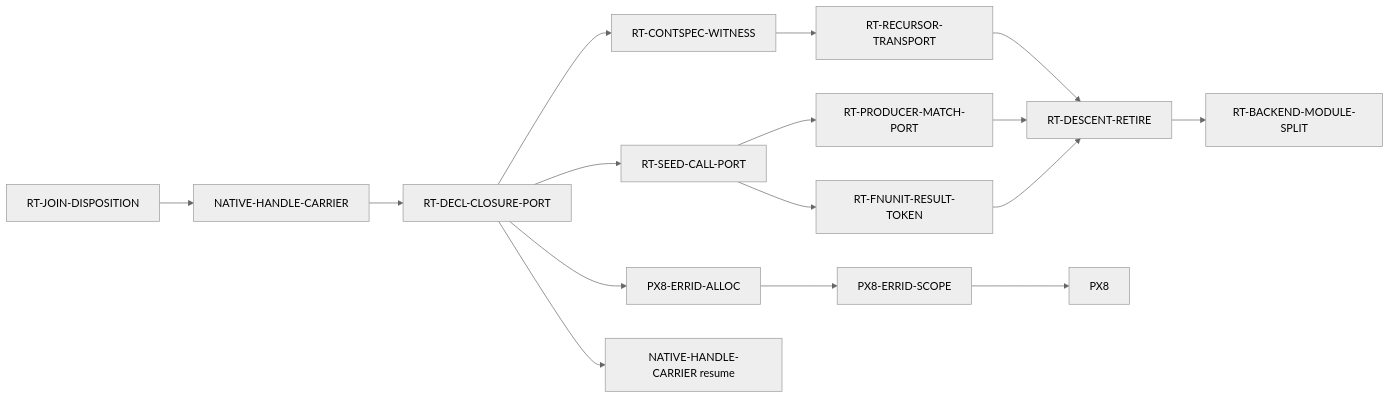
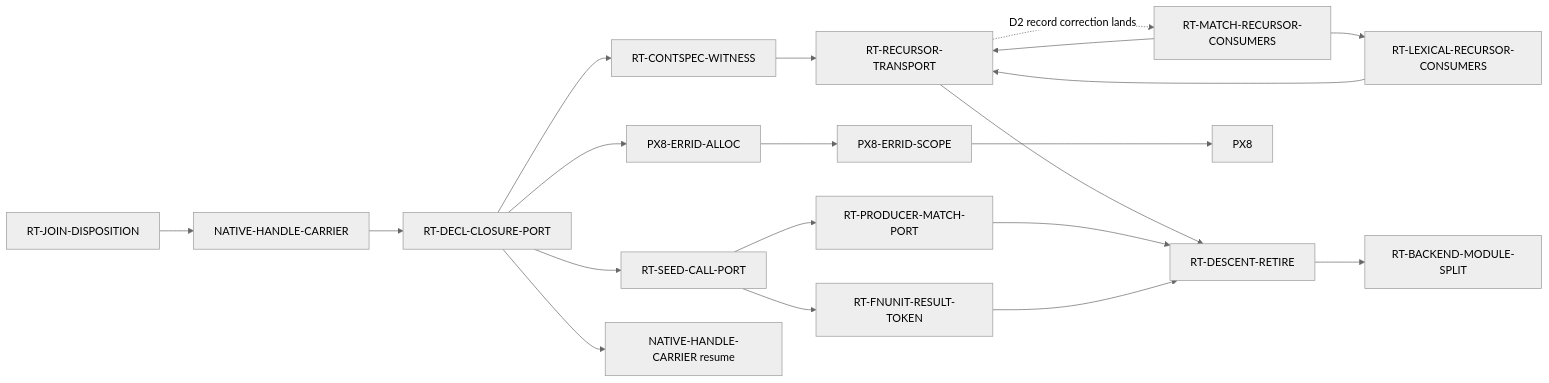
One commit to ken-topos/ken changed the diagram in docs/program/16-recursive-descent-retirement.md. Above: the diagram before and after it, drawn with Mermaid (neutral theme). The commit also changed other lines of this file and 8 other files, not shown here.

````diff
--- a/docs/program/16-recursive-descent-retirement.md
+++ b/docs/program/16-recursive-descent-retirement.md
@@ -344,18 +344,22 @@
 ```mermaid
 graph LR
   JD[RT-JOIN-DISPOSITION] --> NHC[NATIVE-HANDLE-CARRIER]
   NHC --> DCP[RT-DECL-CLOSURE-PORT]
   DCP --> SCP[RT-SEED-CALL-PORT]
   SCP --> PMP[RT-PRODUCER-MATCH-PORT]
   DCP --> WIT[RT-CONTSPEC-WITNESS]
   WIT --> RXT[RT-RECURSOR-TRANSPORT]
+  RXT -.->|D2 record correction lands| MRC[RT-MATCH-RECURSOR-CONSUMERS]
+  MRC --> LRC[RT-LEXICAL-RECURSOR-CONSUMERS]
+  MRC --> RXT
+  LRC --> RXT
   RXT --> RET[RT-DESCENT-RETIRE]
   PMP --> RET
   SCP --> FNU[RT-FNUNIT-RESULT-TOKEN]
   FNU --> RET
   RET --> SPLIT[RT-BACKEND-MODULE-SPLIT]
   DCP --> ALLOC[PX8-ERRID-ALLOC]
   DCP --> NHC2[NATIVE-HANDLE-CARRIER resume]
   ALLOC --> SCOPE[PX8-ERRID-SCOPE]
   SCOPE --> PX8
 ```
````
